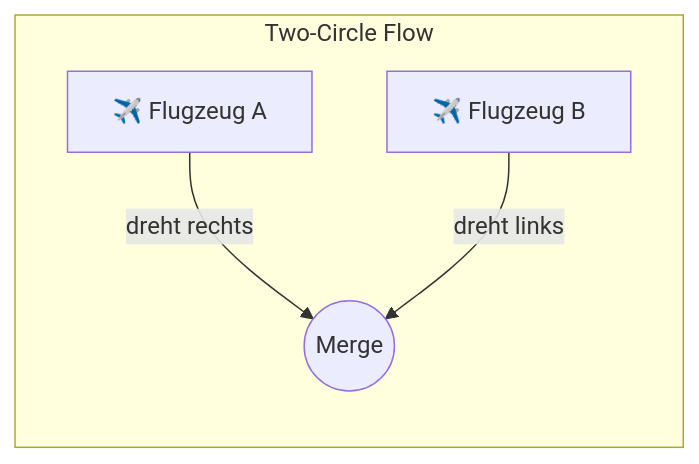
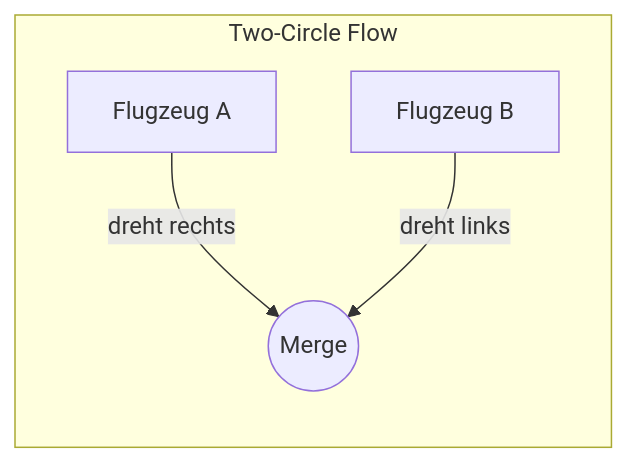
One commit to lukaio3D/VFM_Wiki changed the first of 3 diagrams in docs/grundlagen/geometrie.md. Above: the diagram before and after it, drawn with Mermaid. The commit also changed other lines of this file and 13 other files, not shown here.

````diff
--- a/docs/grundlagen/geometrie.md
+++ b/docs/grundlagen/geometrie.md
@@ -11,7 +11,7 @@
 ```mermaid
 flowchart LR
     subgraph "Two-Circle Flow"
-        A1["✈️ Flugzeug A"] -->|dreht rechts| M1((Merge))
-        B1["✈️ Flugzeug B"] -->|dreht links| M1
+        A1["Flugzeug A"] -->|dreht rechts| M1((Merge))
+        B1["Flugzeug B"] -->|dreht links| M1
     end
 ```
````
